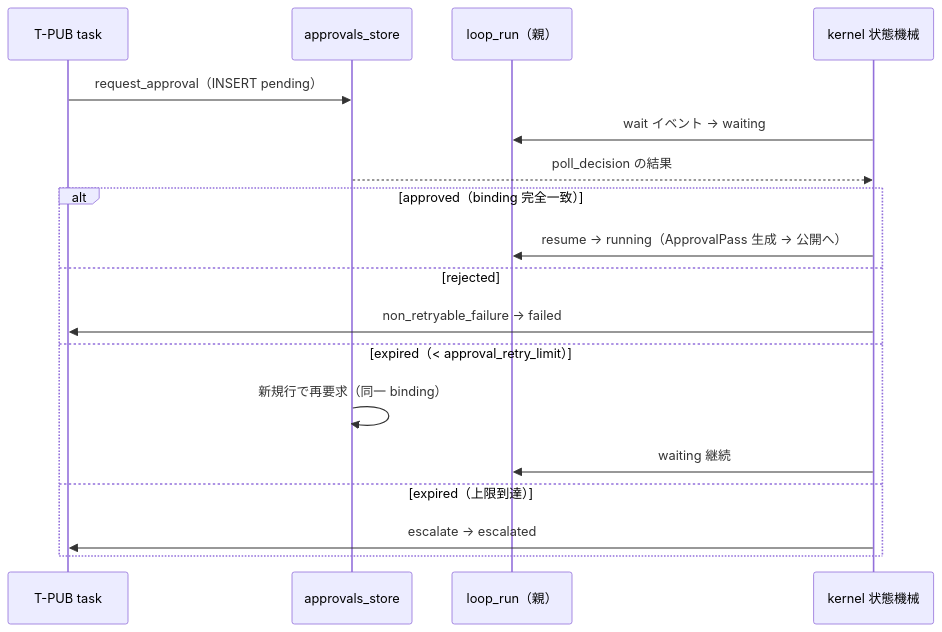
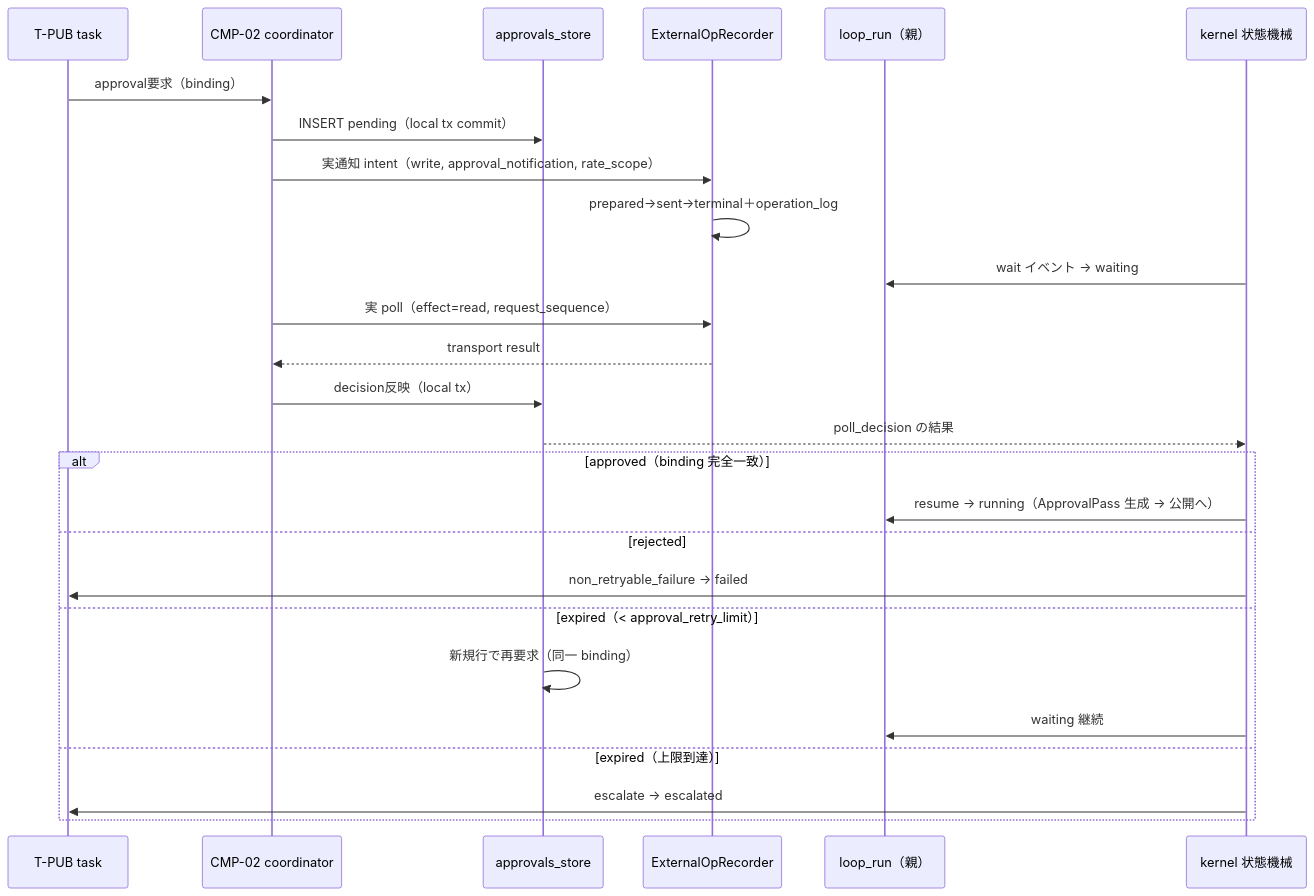
The diagram in docs/L6-feature-design/S0/approval.md (RetryYN/HELIX-MARKETING-HARNESS), drawn with Mermaid before and after one commit. The commit also changed other lines of this file and 98 other files, not shown here.

````diff
--- a/docs/L6-feature-design/S0/approval.md
+++ b/docs/L6-feature-design/S0/approval.md
@@ -43,20 +48,28 @@
 ```mermaid
 sequenceDiagram
     participant T as T-PUB task
+    participant O as CMP-02 coordinator
     participant A as approvals_store
+    participant R as ExternalOpRecorder
     participant L as loop_run（親）
     participant K as kernel 状態機械
-    T->>A: request_approval（INSERT pending）
+    T->>O: approval要求（binding）
+    O->>A: INSERT pending（local tx commit）
+    O->>R: 実通知 intent（write, approval_notification, rate_scope）
+    R->>R: prepared→sent→terminal＋operation_log
     K->>L: wait イベント → waiting
+    O->>R: 実 poll（effect=read, request_sequence）
+    R-->>O: transport result
+    O->>A: decision反映（local tx）
     A-->>K: poll_decision の結果
     alt approved（binding 完全一致）
         K->>L: resume → running（ApprovalPass 生成 → 公開へ）
     else rejected
         K->>T: non_retryable_failure → failed
     else expired（< approval_retry_limit）
         A->>A: 新規行で再要求（同一 binding）
         K->>L: waiting 継続
     else expired（上限到達）
         K->>T: escalate → escalated
     end
 ```
````
